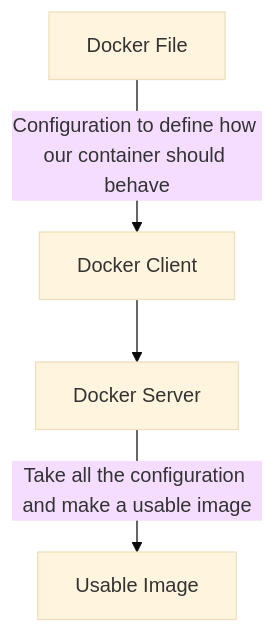
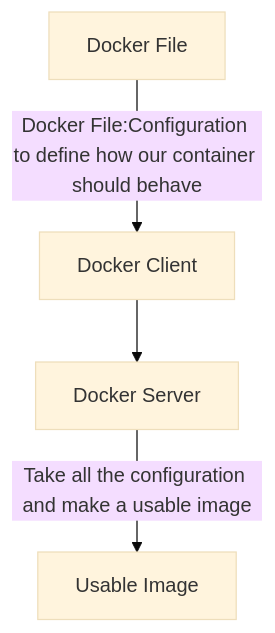
The fourth of 7 diagrams in README.md (albin-joseph/nodejs-micro-service), drawn with Mermaid (base theme) before and after one commit.

````diff
--- a/README.md
+++ b/README.md
@@ -102,10 +102,10 @@
 ``` mermaid
     flowchart TB
         step1["Docker File"]
         step2["Docker Client"]
-        step1--Configuration to define how our container should behave-->step2
+        step1--Docker File:Configuration to define how our container should behave-->step2
         step3["Docker Server"]
         step2-->step3
         step4["Usable Image"]
         step3--Take all the configuration and make a usable image-->step4
 ```
````
